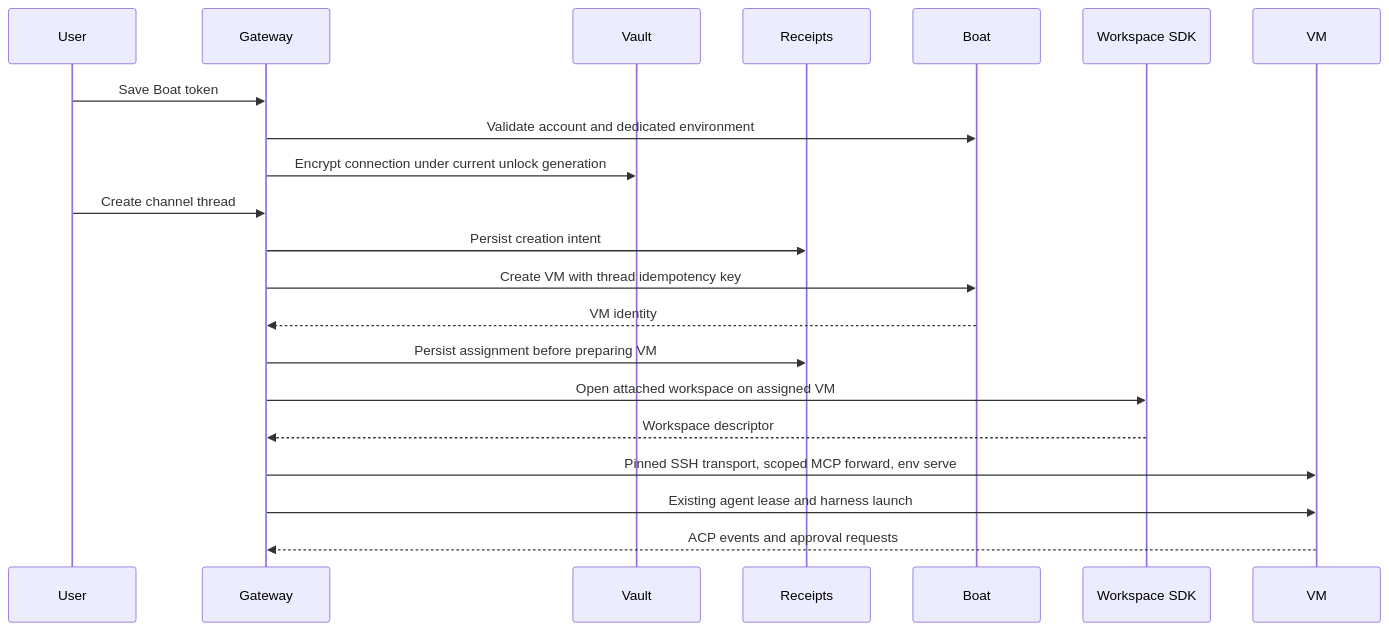
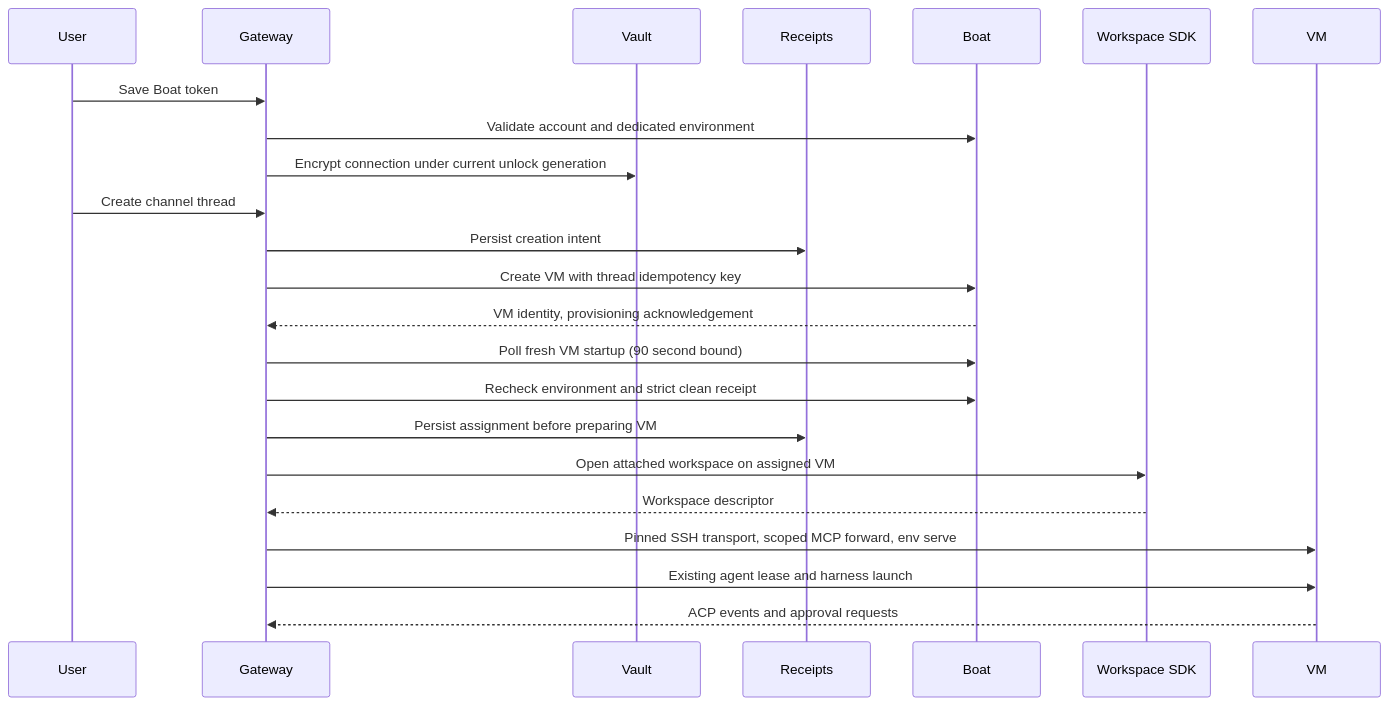
One commit to nessalabs/nessa-agent changed the first of 2 diagrams in docs/adr/todo/1160-boat-workspaces.md. Above: the diagram before and after it, drawn with Mermaid. The commit also changed other lines of this file and 3 other files, not shown here.

Commit message:
workspaces: wait for fresh Boat sandbox readiness

````diff
--- a/docs/adr/todo/1160-boat-workspaces.md
+++ b/docs/adr/todo/1160-boat-workspaces.md
@@ -41,23 +42,25 @@
 ```mermaid
 sequenceDiagram
     participant User
     participant Gateway
     participant Vault
     participant Receipts
     participant Boat
     participant SDK as Workspace SDK
     participant VM
     User->>Gateway: Save Boat token
     Gateway->>Boat: Validate account and dedicated environment
     Gateway->>Vault: Encrypt connection under current unlock generation
     User->>Gateway: Create channel thread
     Gateway->>Receipts: Persist creation intent
     Gateway->>Boat: Create VM with thread idempotency key
-    Boat-->>Gateway: VM identity
+    Boat-->>Gateway: VM identity, provisioning acknowledgement
+    Gateway->>Boat: Poll fresh VM startup (90 second bound)
+    Gateway->>Boat: Recheck environment and strict clean receipt
     Gateway->>Receipts: Persist assignment before preparing VM
     Gateway->>SDK: Open attached workspace on assigned VM
     SDK-->>Gateway: Workspace descriptor
     Gateway->>VM: Pinned SSH transport, scoped MCP forward, env serve
     Gateway->>VM: Existing agent lease and harness launch
     VM-->>Gateway: ACP events and approval requests
 ```
````
